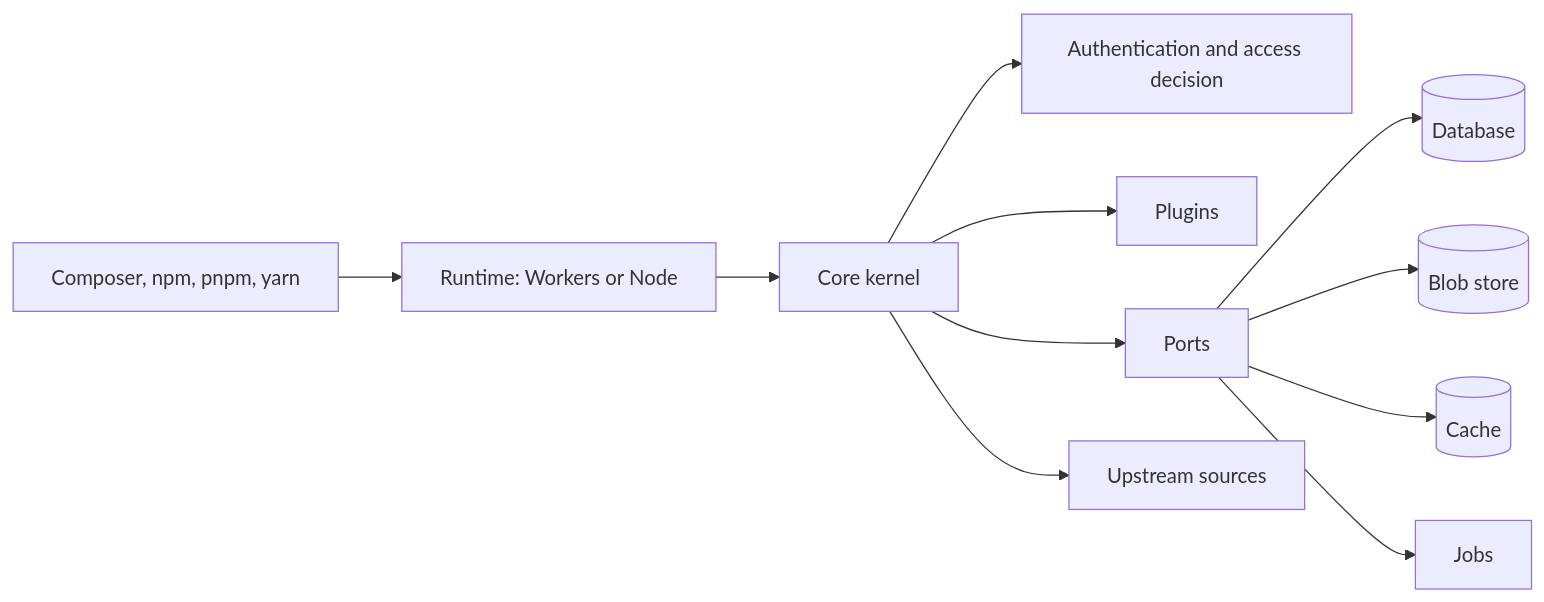
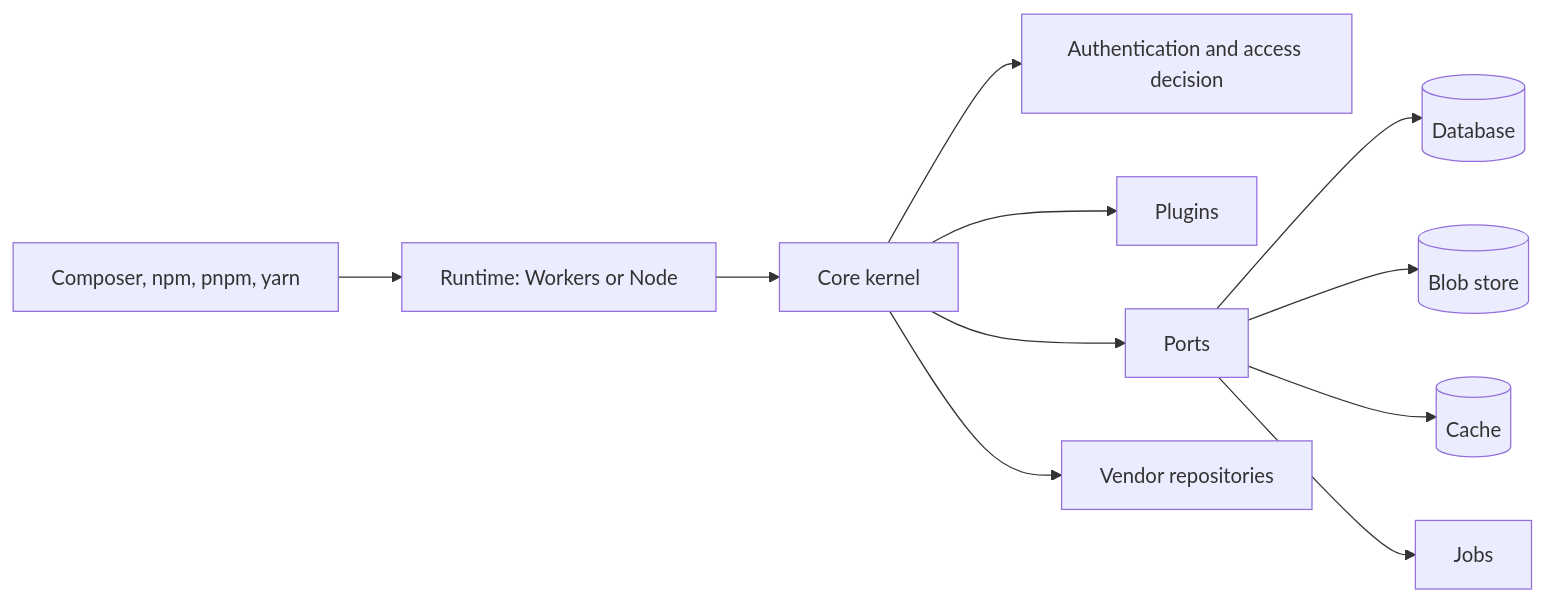
One commit to package-broker/broker changed the diagram in docs/architecture.md. Above: the diagram before and after it, drawn with Mermaid. The commit also changed other lines of this file, not shown here.

Commit message:
docs: architecture overview matches the merged registry, interface and plugins

````diff
--- a/docs/architecture.md
+++ b/docs/architecture.md
@@ -5,13 +10,13 @@
 ```mermaid
 flowchart LR
   client[Composer, npm, pnpm, yarn] --> runtime[Runtime: Workers or Node]
   runtime --> kernel[Core kernel]
   kernel --> authz[Authentication and access decision]
   kernel --> plugins[Plugins]
   kernel --> ports[Ports]
   ports --> db[(Database)]
   ports --> blob[(Blob store)]
   ports --> cache[(Cache)]
   ports --> jobs[Jobs]
-  kernel --> upstream[Upstream sources]
+  kernel --> vendors[Vendor repositories]
 ```
````
